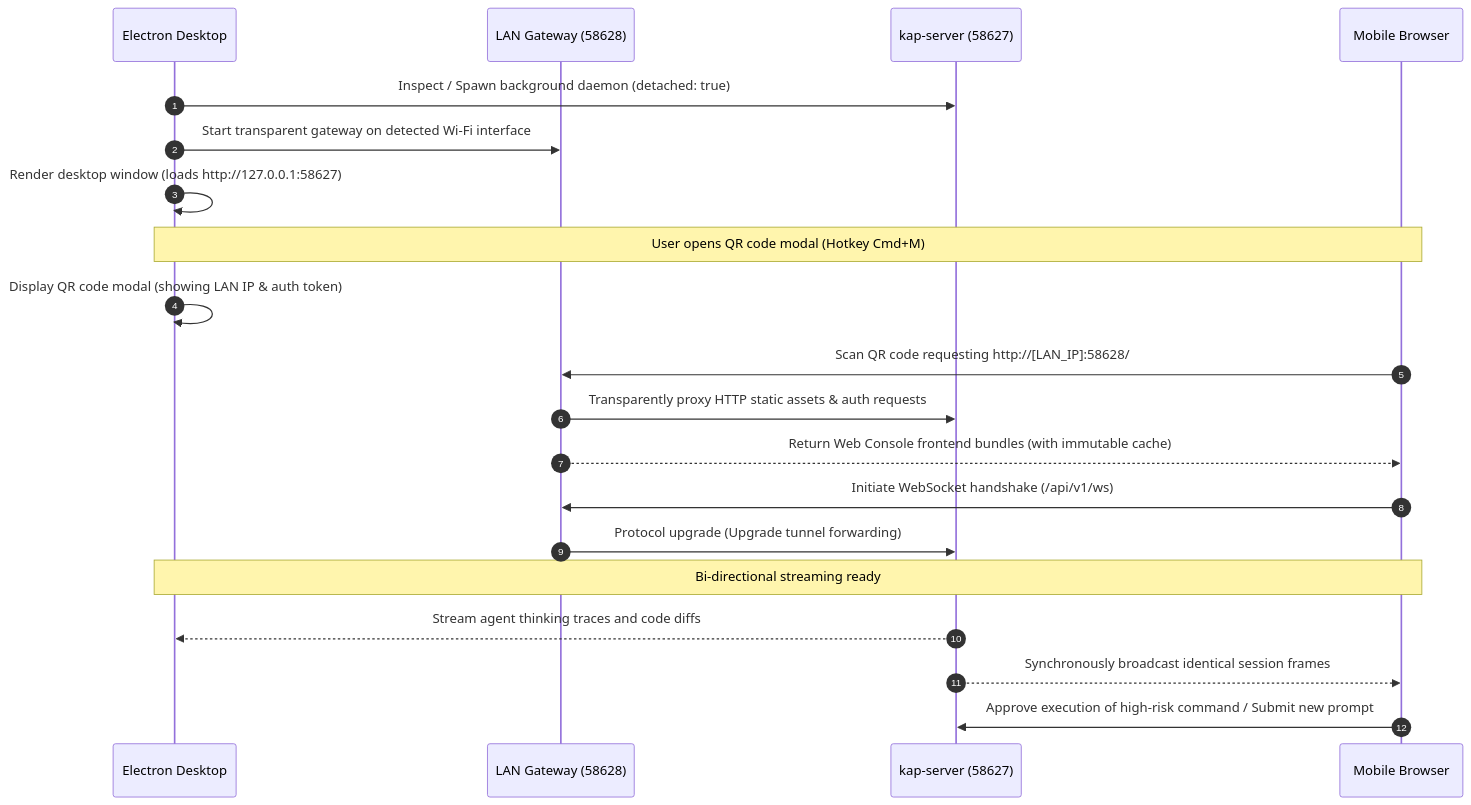
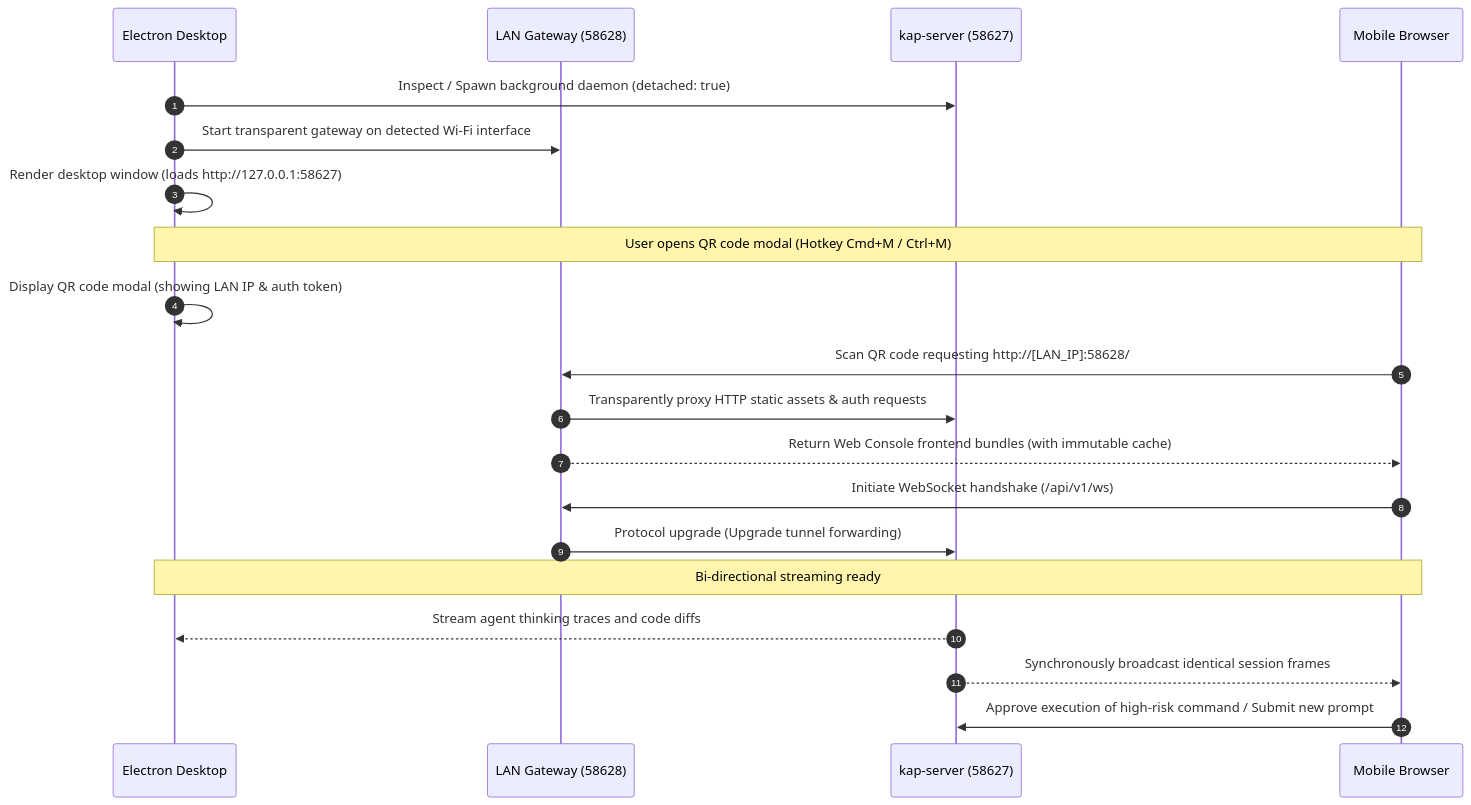
Before and after one commit to laoniubia/kimi-code-desktop: the diagram in README_EN.md, drawn with Mermaid. The commit also changed other lines of this file and 7 other files, not shown here.

````diff
--- a/README_EN.md
+++ b/README_EN.md
@@ -108,25 +110,25 @@
 ```mermaid
 sequenceDiagram
     autonumber
     participant App as Electron Desktop
     participant Gateway as LAN Gateway (58628)
     participant Core as kap-server (58627)
     participant Phone as Mobile Browser
 
     App->>Core: Inspect / Spawn background daemon (detached: true)
     App->>Gateway: Start transparent gateway on detected Wi-Fi interface
     App->>App: Render desktop window (loads http://127.0.0.1:58627)
     
-    Note over App,Phone: User opens QR code modal (Hotkey Cmd+M)
+    Note over App,Phone: User opens QR code modal (Hotkey Cmd+M / Ctrl+M)
     App->>App: Display QR code modal (showing LAN IP & auth token)
     Phone->>Gateway: Scan QR code requesting http://[LAN_IP]:58628/#token=...
     Gateway->>Core: Transparently proxy HTTP static assets & auth requests
     Gateway-->>Phone: Return Web Console frontend bundles (with immutable cache)
     Phone->>Gateway: Initiate WebSocket handshake (/api/v1/ws)
     Gateway->>Core: Protocol upgrade (Upgrade tunnel forwarding)
     
     Note over App,Phone: Bi-directional streaming ready
     Core-->>App: Stream agent thinking traces and code diffs
     Core-->>Phone: Synchronously broadcast identical session frames
     Phone->>Core: Approve execution of high-risk command / Submit new prompt
 ```
````
